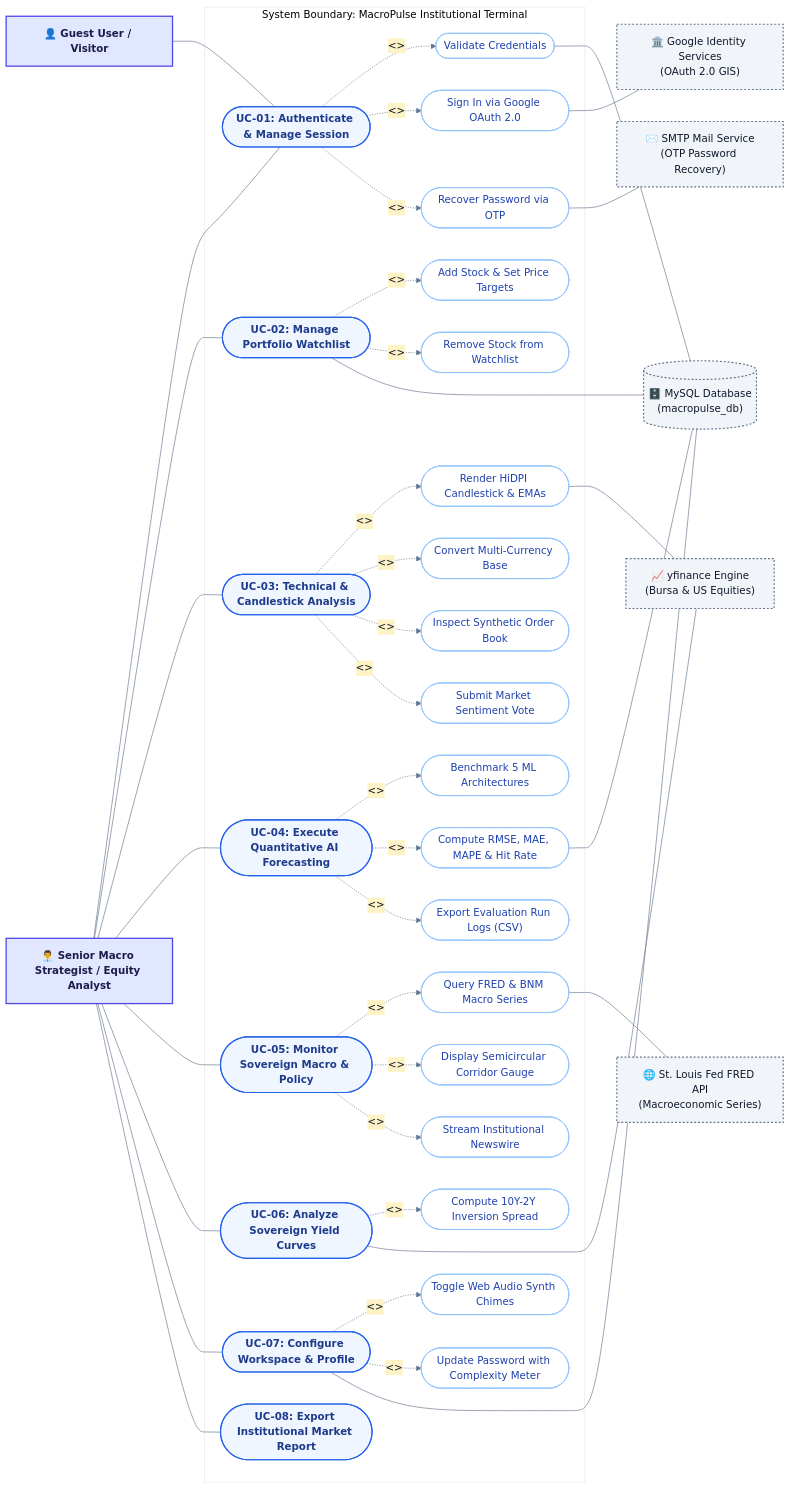
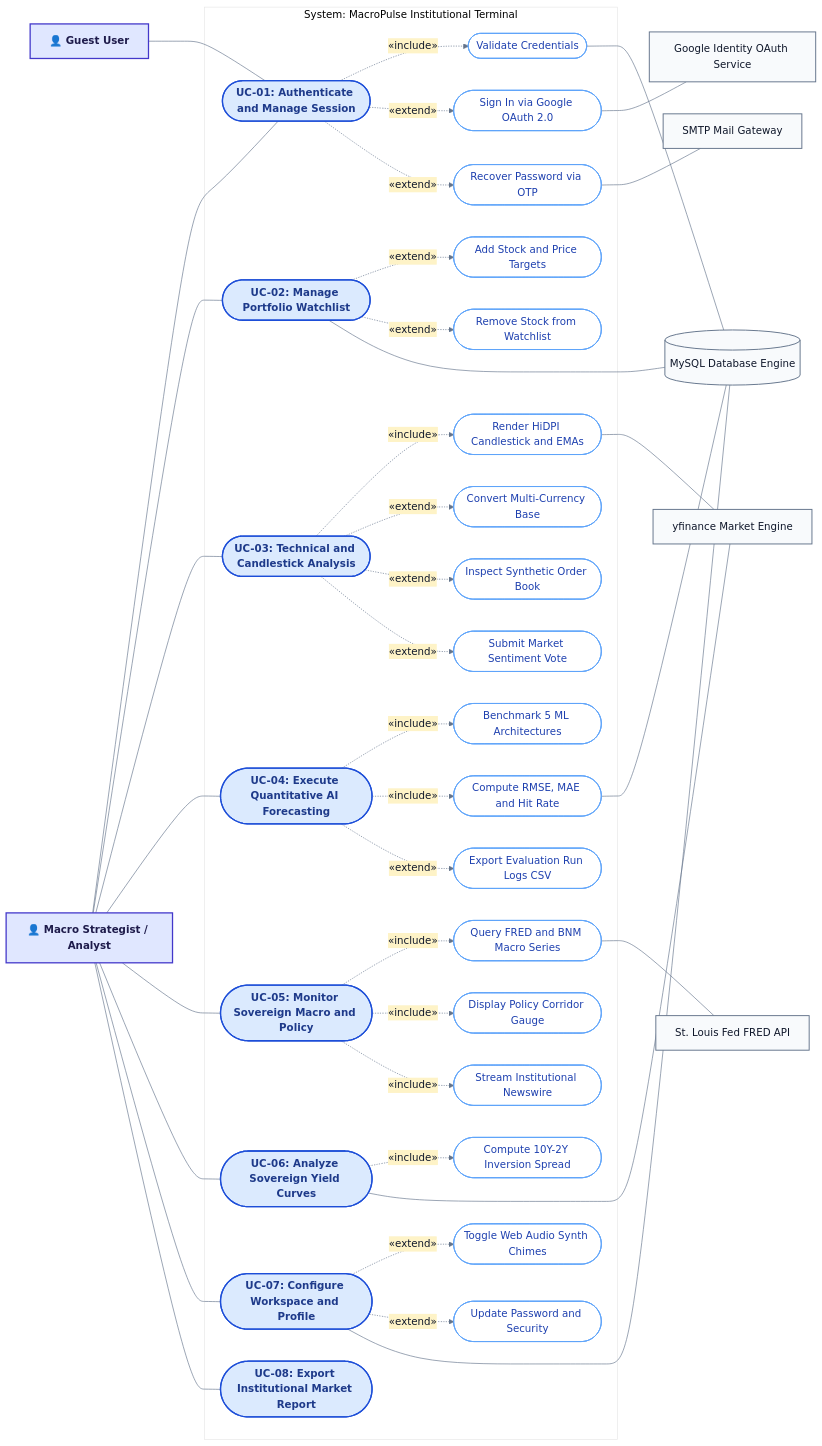
The diagram in database/USE_CASE_DIAGRAM.md (Shesanand31/MacroPulse), drawn with Mermaid before and after one commit. The commit also changed other lines of this file and 1 other file, not shown here.

Commit message:
fix(use-case): replace raw angle brackets with unicode guillemets and clean reserved symbols for error-free parsing

````diff
--- a/database/USE_CASE_DIAGRAM.md
+++ b/database/USE_CASE_DIAGRAM.md
@@ -19,99 +19,83 @@
   }
 }}%%
 flowchart LR
-    %% Custom Styling
-    classDef actorStyle fill:#e0e7ff,stroke:#4f46e5,stroke-width:2px,color:#1e1b4b,font-weight:bold;
-    classDef extActorStyle fill:#f1f5f9,stroke:#64748b,stroke-width:1.8px,color:#0f172a,stroke-dasharray: 3 3;
-    classDef ucMain fill:#eff6ff,stroke:#2563eb,stroke-width:1.8px,color:#1e3a8a,font-weight:600;
-    classDef ucSub fill:#ffffff,stroke:#93c5fd,stroke-width:1.4px,color:#1e40af;
+    %% Primary Human Actors
+    Guest["👤 Guest User"]
+    Analyst["👤 Macro Strategist / Analyst"]
 
-    %% -------------------------------------------------------------
-    %% PRIMARY HUMAN ACTORS (Left)
-    %% -------------------------------------------------------------
-    Guest["👤 Guest User / Visitor"]:::actorStyle
-    Analyst["👨‍💼 Senior Macro Strategist / Equity Analyst"]:::actorStyle
+    %% System Boundary
+    subgraph MacroPulse ["System: MacroPulse Institutional Terminal"]
+        UC1(["UC-01: Authenticate and Manage Session"])
+        UC2(["UC-02: Manage Portfolio Watchlist"])
+        UC3(["UC-03: Technical and Candlestick Analysis"])
+        UC4(["UC-04: Execute Quantitative AI Forecasting"])
+        UC5(["UC-05: Monitor Sovereign Macro and Policy"])
+        UC6(["UC-06: Analyze Sovereign Yield Curves"])
+        UC7(["UC-07: Configure Workspace and Profile"])
+        UC8(["UC-08: Export Institutional Market Report"])
 
-    %% -------------------------------------------------------------
-    %% SYSTEM BOUNDARY
-    %% -------------------------------------------------------------
-    subgraph SystemBoundary ["System Boundary: MacroPulse Institutional Terminal"]
-        %% Core Use Cases
-        UC1(["UC-01: Authenticate & Manage Session"]):::ucMain
-        UC2(["UC-02: Manage Portfolio Watchlist"]):::ucMain
-        UC3(["UC-03: Technical & Candlestick Analysis"]):::ucMain
-        UC4(["UC-04: Execute Quantitative AI Forecasting"]):::ucMain
-        UC5(["UC-05: Monitor Sovereign Macro & Policy"]):::ucMain
-        UC6(["UC-06: Analyze Sovereign Yield Curves"]):::ucMain
-        UC7(["UC-07: Configure Workspace & Profile"]):::ucMain
-        UC8(["UC-08: Export Institutional Market Report"]):::ucMain
+        %% Sub-use cases
+        UC1_Validate(["Validate Credentials"])
+        UC1_OAuth(["Sign In via Google OAuth 2.0"])
+        UC1_OTP(["Recover Password via OTP"])
 
-        %% Sub-Use Cases (Includes & Extends)
-        UC1_Validate(["Validate Credentials"]):::ucSub
-        UC1_OAuth(["Sign In via Google OAuth 2.0"]):::ucSub
-        UC1_OTP(["Recover Password via OTP"]):::ucSub
+        UC2_Add(["Add Stock and Price Targets"])
+        UC2_Remove(["Remove Stock from Watchlist"])
 
-        UC2_Add(["Add Stock & Set Price Targets"]):::ucSub
-        UC2_Remove(["Remove Stock from Watchlist"]):::ucSub
+        UC3_Canvas(["Render HiDPI Candlestick and EMAs"])
+        UC3_FX(["Convert Multi-Currency Base"])
+        UC3_Depth(["Inspect Synthetic Order Book"])
+        UC3_Sentiment(["Submit Market Sentiment Vote"])
 
-        UC3_Canvas(["Render HiDPI Candlestick & EMAs"]):::ucSub
-        UC3_FX(["Convert Multi-Currency Base"]):::ucSub
-        UC3_Depth(["Inspect Synthetic Order Book"]):::ucSub
-        UC3_Sentiment(["Submit Market Sentiment Vote"]):::ucSub
+        UC4_Select(["Benchmark 5 ML Architectures"])
+        UC4_Metrics(["Compute RMSE, MAE and Hit Rate"])
+        UC4_Export(["Export Evaluation Run Logs CSV"])
 
-        UC4_Select(["Benchmark 5 ML Architectures"]):::ucSub
-        UC4_Metrics(["Compute RMSE, MAE, MAPE & Hit Rate"]):::ucSub
-        UC4_Export(["Export Evaluation Run Logs (CSV)"]):::ucSub
+        UC5_FRED(["Query FRED and BNM Macro Series"])
+        UC5_Corridor(["Display Policy Corridor Gauge"])
+        UC5_News(["Stream Institutional Newswire"])
 
-        UC5_FRED(["Query FRED & BNM Macro Series"]):::ucSub
-        UC5_Corridor(["Display Semicircular Corridor Gauge"]):::ucSub
-        UC5_News(["Stream Institutional Newswire"]):::ucSub
+        UC6_Spread(["Compute 10Y-2Y Inversion Spread"])
 
-        UC6_Spread(["Compute 10Y-2Y Inversion Spread"]):::ucSub
+        UC7_Audio(["Toggle Web Audio Synth Chimes"])
+        UC7_Pwd(["Update Password and Security"])
 
-        UC7_Audio(["Toggle Web Audio Synth Chimes"]):::ucSub
-        UC7_Pwd(["Update Password with Complexity Meter"]):::ucSub
+        %% Include and Extend Stereotype Relationships
+        UC1 -.->|«include»| UC1_Validate
+        UC1 -.->|«extend»| UC1_OAuth
+        UC1 -.->|«extend»| UC1_OTP
 
-        %% Include / Extend Relationships
-        UC1 -.->|"<<include>>"| UC1_Validate
-        UC1 -.->|"<<extend>>"| UC1_OAuth
-        UC1 -.->|"<<extend>>"| UC1_OTP
+        UC2 -.->|«extend»| UC2_Add
+        UC2 -.->|«extend»| UC2_Remove
 
-        UC2 -.->|"<<extend>>"| UC2_Add
-        UC2 -.->|"<<extend>>"| UC2_Remove
+        UC3 -.->|«include»| UC3_Canvas
+        UC3 -.->|«extend»| UC3_FX
+        UC3 -.->|«extend»| UC3_Depth
+        UC3 -.->|«extend»| UC3_Sentiment
 
-        UC3 -.->|"<<include>>"| UC3_Canvas
-        UC3 -.->|"<<extend>>"| UC3_FX
-        UC3 -.->|"<<extend>>"| UC3_Depth
-        UC3 -.->|"<<extend>>"| UC3_Sentiment
+        UC4 -.->|«include»| UC4_Select
+        UC4 -.->|«include»| UC4_Metrics
+        UC4 -.->|«extend»| UC4_Export
 
-        UC4 -.->|"<<include>>"| UC4_Select
-        UC4 -.->|"<<include>>"| UC4_Metrics
-        UC4 -.->|"<<extend>>"| UC4_Export
+        UC5 -.->|«include»| UC5_FRED
+        UC5 -.->|«include»| UC5_Corridor
+        UC5 -.->|«include»| UC5_News
 
-        UC5 -.->|"<<include>>"| UC5_FRED
-        UC5 -.->|"<<include>>"| UC5_Corridor
-        UC5 -.->|"<<include>>"| UC5_News
+        UC6 -.->|«include»| UC6_Spread
 
-        UC6 -.->|"<<include>>"| UC6_Spread
-
-        UC7 -.->|"<<extend>>"| UC7_Audio
-        UC7 -.->|"<<extend>>"| UC7_Pwd
+        UC7 -.->|«extend»| UC7_Audio
+        UC7 -.->|«extend»| UC7_Pwd
     end
 
-    %% -------------------------------------------------------------
-    %% SECONDARY EXTERNAL SYSTEM ACTORS (Right)
-    %% -------------------------------------------------------------
-    GoogleGIS["🏛️ Google Identity Services<br/>(OAuth 2.0 GIS)"]:::extActorStyle
-    SMTPGateway["✉️ SMTP Mail Service<br/>(OTP Password Recovery)"]:::extActorStyle
-    YFinanceService["📈 yfinance Engine<br/>(Bursa & US Equities)"]:::extActorStyle
-    FREDService["🌐 St. Louis Fed FRED API<br/>(Macroeconomic Series)"]:::extActorStyle
-    MySQLBackend[("🗄️ MySQL Database<br/>(macropulse_db)")]:::extActorStyle
+    %% Secondary Supporting Systems (APIs & Database)
+    GoogleGIS["Google Identity OAuth Service"]
+    SMTPGateway["SMTP Mail Gateway"]
+    YFinance["yfinance Market Engine"]
+    FREDService["St. Louis Fed FRED API"]
+    MySQLDB[("MySQL Database Engine")]
 
-    %% -------------------------------------------------------------
-    %% ACTOR ASSOCIATIONS
-    %% -------------------------------------------------------------
+    %% Primary Actor Associations
     Guest --- UC1
-
     Analyst --- UC1
     Analyst --- UC2
     Analyst --- UC3
@@ -121,14 +105,25 @@
     Analyst --- UC7
     Analyst --- UC8
 
-    %% External System Links
+    %% Secondary Supporting System Associations
     UC1_OAuth --- GoogleGIS
     UC1_OTP --- SMTPGateway
-    UC1_Validate --- MySQLBackend
-    UC2 --- MySQLBackend
-    UC3_Canvas --- YFinanceService
-    UC4_Metrics --- MySQLBackend
+    UC1_Validate --- MySQLDB
+    UC2 --- MySQLDB
+    UC3_Canvas --- YFinance
+    UC4_Metrics --- MySQLDB
     UC5_FRED --- FREDService
-    UC6 --- YFinanceService
-    UC7 --- MySQLBackend
+    UC6 --- YFinance
+    UC7 --- MySQLDB
+
+    %% Styling Classes
+    classDef actorStyle fill:#e0e7ff,stroke:#4338ca,stroke-width:2px,color:#1e1b4b,font-weight:bold;
+    classDef extStyle fill:#f8fafc,stroke:#64748b,stroke-width:1.5px,color:#0f172a;
+    classDef mainUC fill:#dbeafe,stroke:#1d4ed8,stroke-width:2px,color:#1e3a8a,font-weight:600;
+    classDef subUC fill:#ffffff,stroke:#60a5fa,stroke-width:1.5px,color:#1e40af;
+
+    class Guest,Analyst actorStyle;
+    class GoogleGIS,SMTPGateway,YFinance,FREDService,MySQLDB extStyle;
+    class UC1,UC2,UC3,UC4,UC5,UC6,UC7,UC8 mainUC;
+    class UC1_Validate,UC1_OAuth,UC1_OTP,UC2_Add,UC2_Remove,UC3_Canvas,UC3_FX,UC3_Depth,UC3_Sentiment,UC4_Select,UC4_Metrics,UC4_Export,UC5_FRED,UC5_Corridor,UC5_News,UC6_Spread,UC7_Audio,UC7_Pwd subUC;
 ```
````
